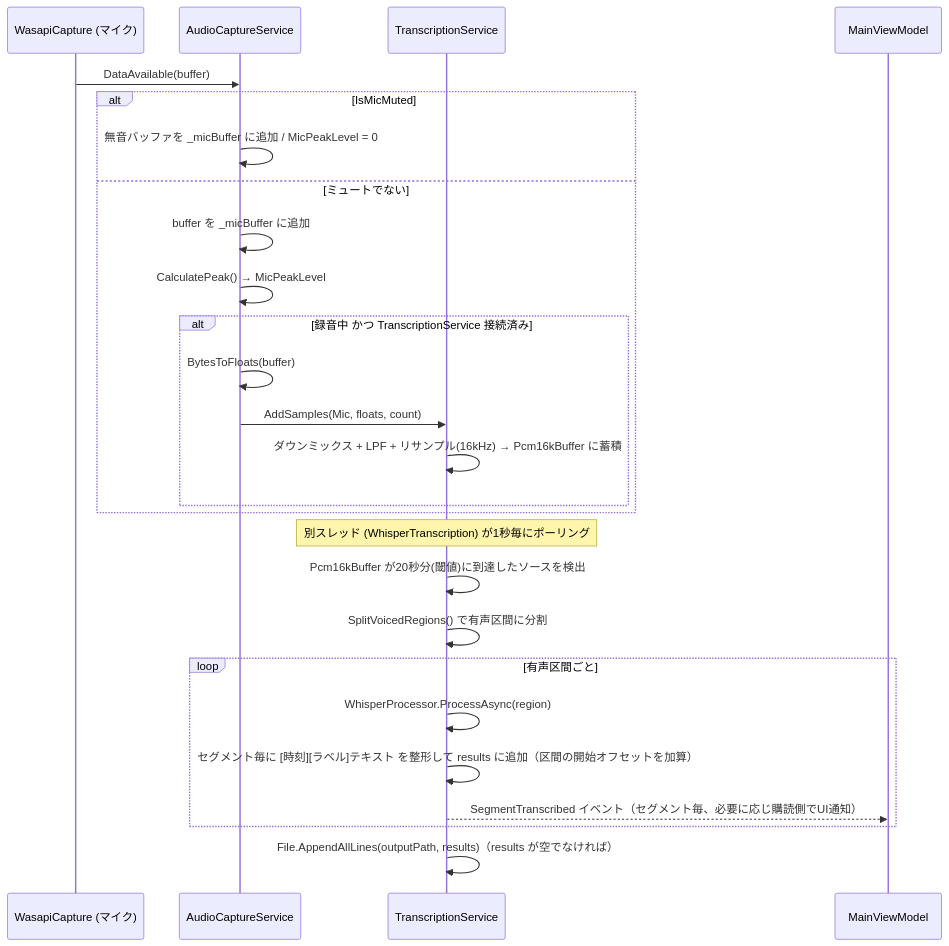
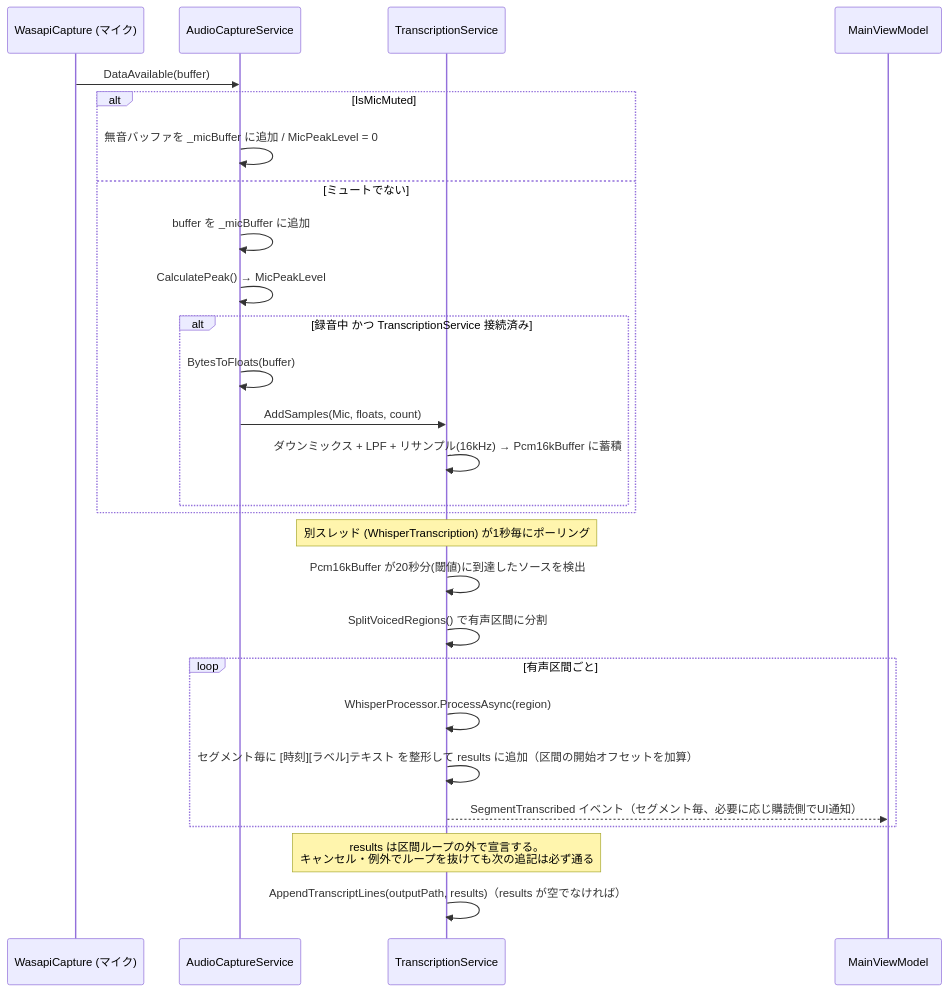
One commit to otomac/audio-capture-app changed the third of 7 diagrams in docs/spec/04_sequence_diagram.md. Above: the diagram before and after it, drawn with Mermaid. The commit also changed 6 other files, not shown here.

````diff
--- a/docs/spec/04_sequence_diagram.md
+++ b/docs/spec/04_sequence_diagram.md
@@ -80,30 +80,31 @@
 ```mermaid
 sequenceDiagram
     participant Mic as WasapiCapture (マイク)
     participant ACS as AudioCaptureService
     participant TS as TranscriptionService
     participant VM as MainViewModel
 
     Mic->>ACS: DataAvailable(buffer)
     alt IsMicMuted
         ACS->>ACS: 無音バッファを _micBuffer に追加 / MicPeakLevel = 0
     else ミュートでない
         ACS->>ACS: buffer を _micBuffer に追加
         ACS->>ACS: CalculatePeak() → MicPeakLevel
         alt 録音中 かつ TranscriptionService 接続済み
             ACS->>ACS: BytesToFloats(buffer)
             ACS->>TS: AddSamples(Mic, floats, count)
             TS->>TS: ダウンミックス + LPF + リサンプル(16kHz) → Pcm16kBuffer に蓄積
         end
     end
 
     Note over TS: 別スレッド (WhisperTranscription) が1秒毎にポーリング
     TS->>TS: Pcm16kBuffer が20秒分(閾値)に到達したソースを検出
     TS->>TS: SplitVoicedRegions() で有声区間に分割
     loop 有声区間ごと
         TS->>TS: WhisperProcessor.ProcessAsync(region)
         TS->>TS: セグメント毎に [時刻][ラベル]テキスト を整形して results に追加（区間の開始オフセットを加算）
         TS-->>VM: SegmentTranscribed イベント（セグメント毎、必要に応じ購読側でUI通知）
     end
-    TS->>TS: File.AppendAllLines(outputPath, results)（results が空でなければ）
+    Note over TS: results は区間ループの外で宣言する。<br/>キャンセル・例外でループを抜けても次の追記は必ず通る
+    TS->>TS: AppendTranscriptLines(outputPath, results)（results が空でなければ）
 ```
````
